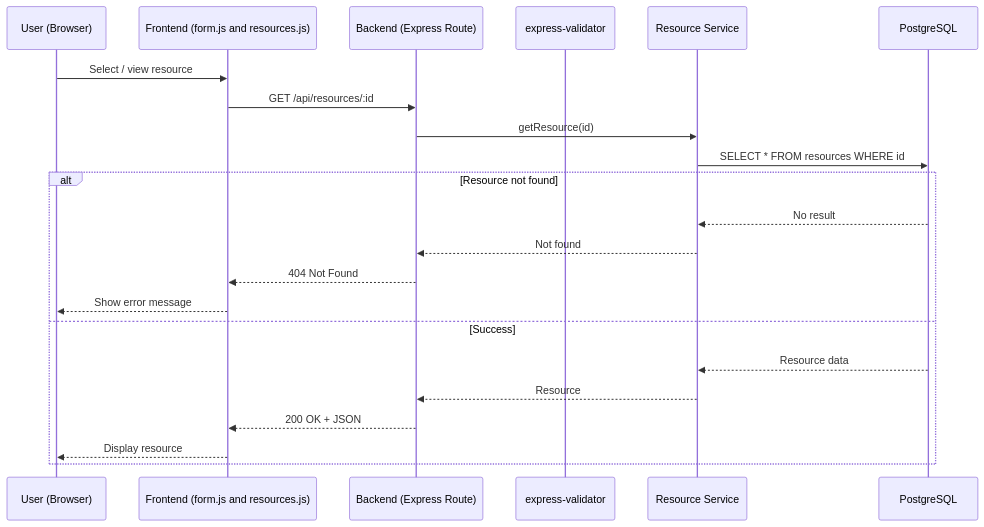
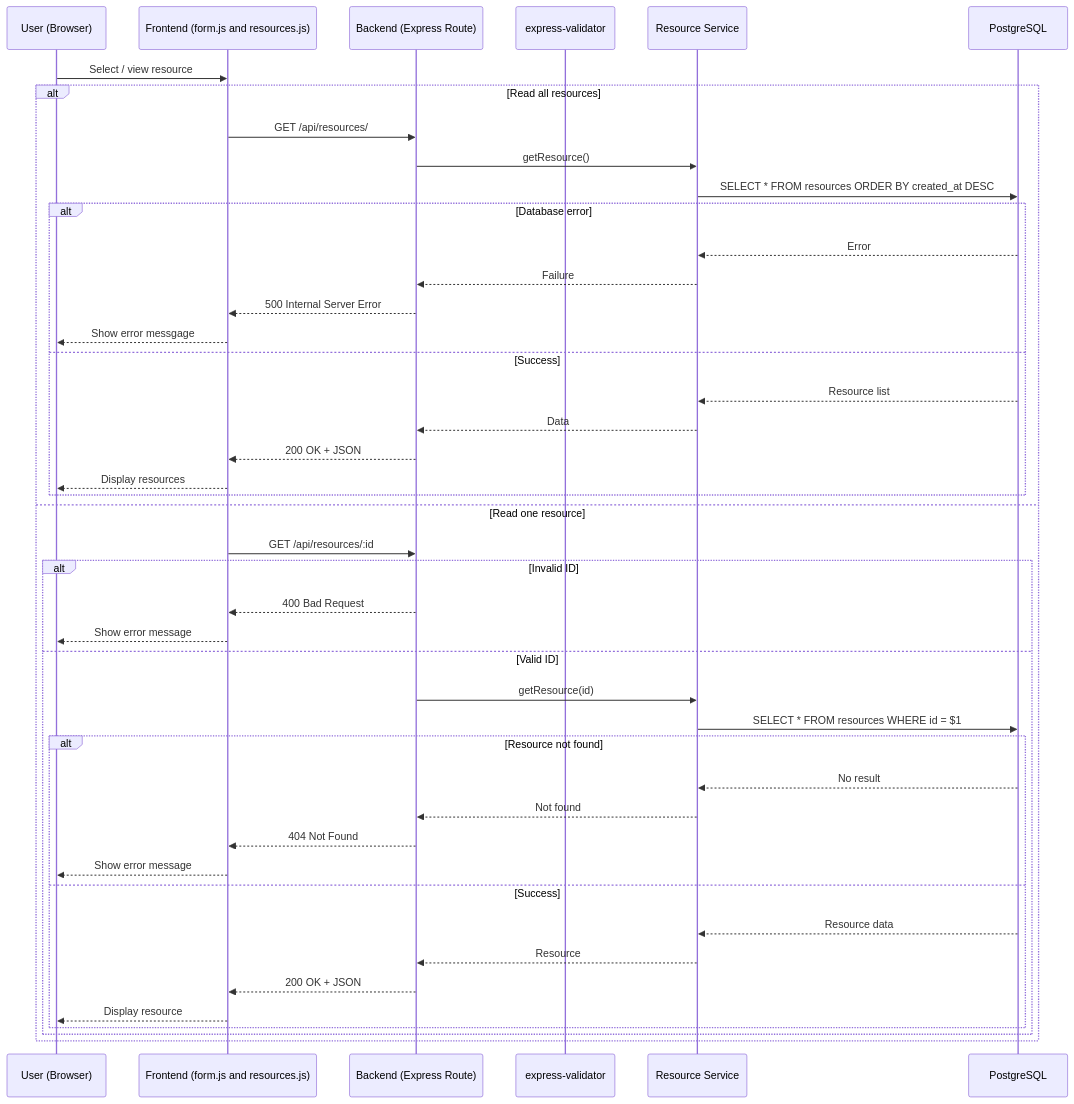
One commit to enlundjonas/AdvancedWebDevelopment2026 changed the second of 4 diagrams in BookingSystem/Phase6/G1_CRUD_DataFlow.md. Above: the diagram before and after it, drawn with Mermaid. The commit also changed other lines of this file, not shown here.

````diff
--- a/BookingSystem/Phase6/G1_CRUD_DataFlow.md
+++ b/BookingSystem/Phase6/G1_CRUD_DataFlow.md
@@ -42,27 +42,52 @@
 ```mermaid
 sequenceDiagram
 participant U as User (Browser)
 participant F as Frontend (form.js and resources.js)
 participant B as Backend (Express Route)
 participant V as express-validator
 participant S as Resource Service
 participant DB as PostgreSQL
 
 U->>F: Select / view resource
-F->>B: GET /api/resources/:id
 
-B->>S: getResource(id)
-S->>DB: SELECT * FROM resources WHERE id
+alt Read all resources
+    F->>B: GET /api/resources/
+    B->>S: getResource()
+    S->>DB: SELECT * FROM resources ORDER BY created_at DESC
 
-alt Resource not found
-    DB-->>S: No result
-    S-->>B: Not found
-    B-->>F: 404 Not Found
-    F-->>U: Show error message
-else Success
-    DB-->>S: Resource data
-    S-->>B: Resource
-    B-->>F: 200 OK + JSON
-    F-->>U: Display resource
+    alt Database error
+        DB-->>S: Error
+        S-->>B: Failure
+        B-->>F: 500 Internal Server Error
+        F-->>U: Show error messgage
+    else Success
+        DB-->>S: Resource list
+        S-->>B: Data
+        B-->>F: 200 OK + JSON
+        F-->>U: Display resources
+    end
+
+else Read one resource
+    F->>B: GET /api/resources/:id
+
+    alt Invalid ID
+        B-->>F: 400 Bad Request
+        F-->>U: Show error message
+    else Valid ID
+        B->>S: getResource(id)
+        S->>DB: SELECT * FROM resources WHERE id = $1
+
+        alt Resource not found
+            DB-->>S: No result
+            S-->>B: Not found
+            B-->>F: 404 Not Found
+            F-->>U: Show error message
+        else Success
+            DB-->>S: Resource data
+            S-->>B: Resource
+            B-->>F: 200 OK + JSON
+            F-->>U: Display resource
+        end
+    end
 end
 ```
````
